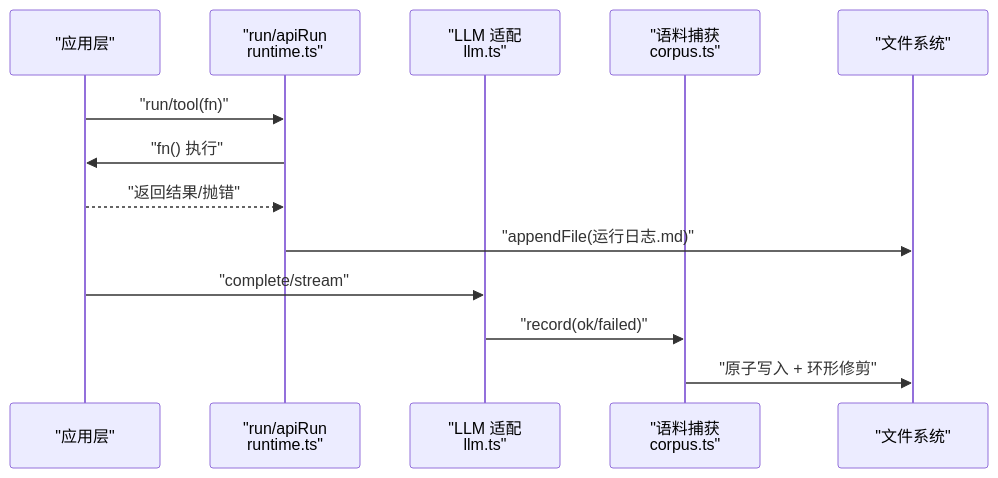
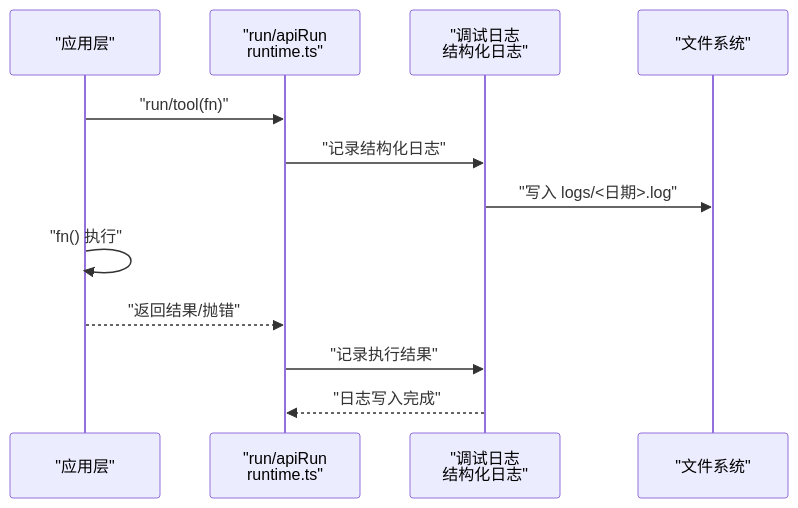
The fifth of 6 diagrams in .qoder/repowiki/zh/content/架构设计/宿主集成/运行时管理.md (maozhijie/learnhub-plugin), drawn with Mermaid before and after one commit. The commit also changed other lines of this file and 43 other files, not shown here.

````diff
--- a/.qoder/repowiki/zh/content/架构设计/宿主集成/运行时管理.md
+++ b/.qoder/repowiki/zh/content/架构设计/宿主集成/运行时管理.md
@@ -223,15 +247,14 @@
 ```mermaid
 sequenceDiagram
 participant App as "应用层"
 participant RT as "run/apiRun<br/>runtime.ts"
-participant L as "LLM 适配<br/>llm.ts"
-participant C as "语料捕获<br/>corpus.ts"
+participant DL as "调试日志<br/>结构化日志"
 participant FS as "文件系统"
 App->>RT : "run/tool(fn)"
-RT->>App : "fn() 执行"
+RT->>DL : "记录结构化日志"
+DL->>FS : "写入 logs/<日期>.log"
+App->>App : "fn() 执行"
 App-->>RT : "返回结果/抛错"
-RT->>FS : "appendFile(运行日志.md)"
-App->>L : "complete/stream"
-L->>C : "record(ok/failed)"
-C->>FS : "原子写入 + 环形修剪"
+RT->>DL : "记录执行结果"
+DL-->>RT : "日志写入完成"
 ```
````
